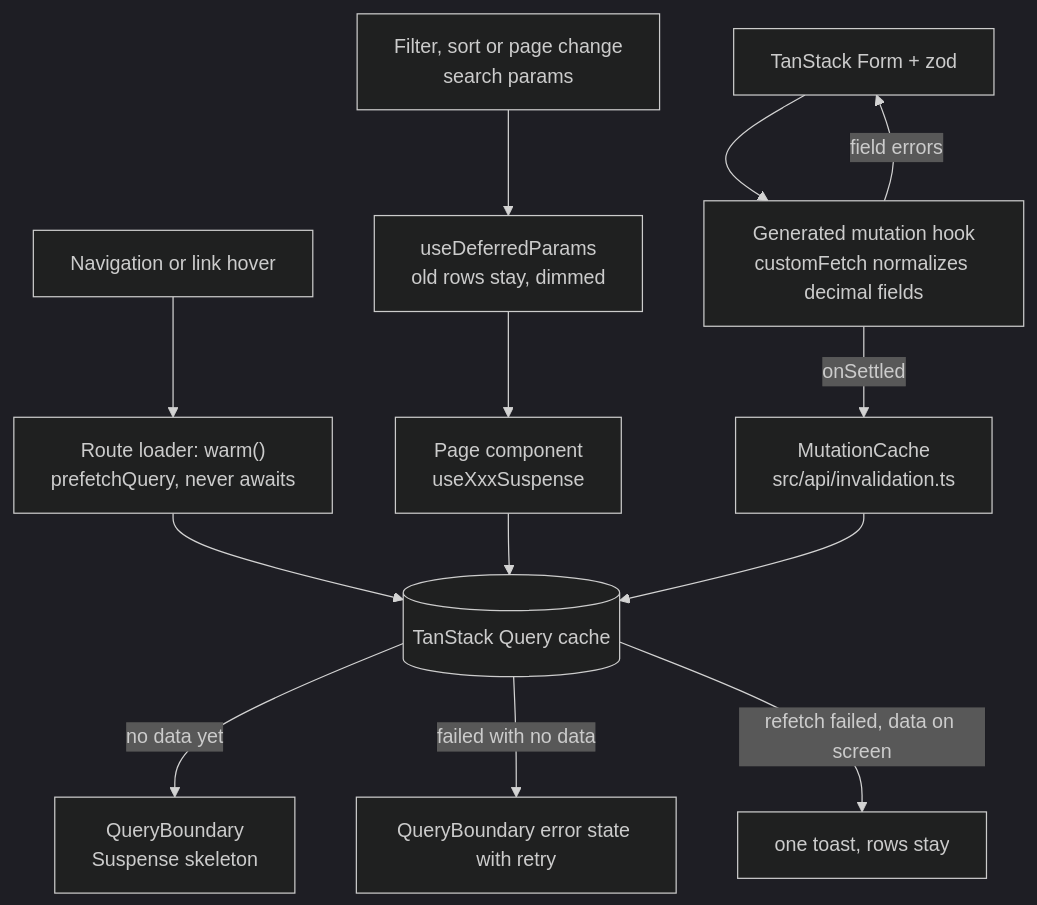
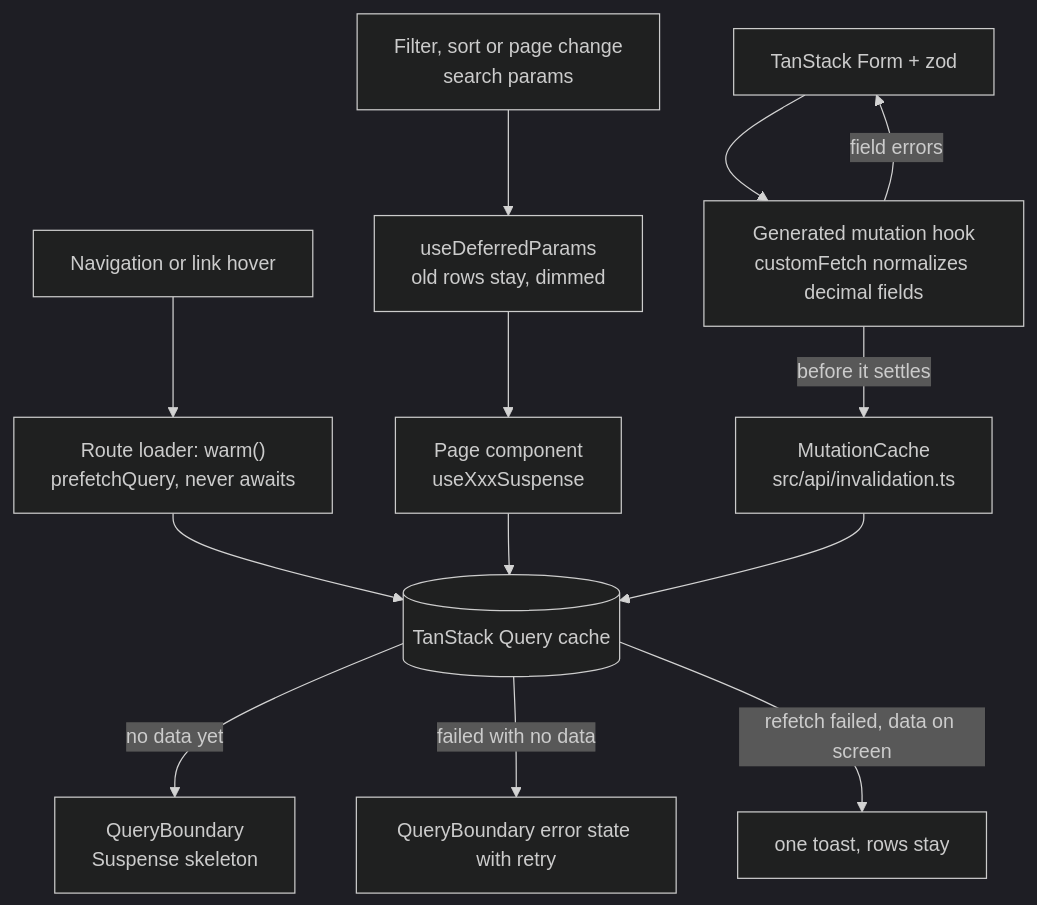
One commit to Justxs/Jx-Finance changed the third of 4 diagrams in docs/features/system-overview.md. Above: the diagram before and after it, drawn with Mermaid (dark theme). The commit also changed 51 other files, not shown here.

````diff
--- a/docs/features/system-overview.md
+++ b/docs/features/system-overview.md
@@ -49,15 +49,15 @@
 ```mermaid
 flowchart TD
     Nav["Navigation or link hover"] --> Loader["Route loader: warm()<br/>prefetchQuery, never awaits"]
     Loader --> Cache[("TanStack Query cache")]
     Page["Page component<br/>useXxxSuspense"] --> Cache
     Cache -->|"no data yet"| Boundary["QueryBoundary<br/>Suspense skeleton"]
     Cache -->|"failed with no data"| ErrState["QueryBoundary error state with retry"]
     Cache -->|"refetch failed, data on screen"| Toast["one toast, rows stay"]
     Filter["Filter, sort or page change<br/>search params"] --> Deferred["useDeferredParams<br/>old rows stay, dimmed"]
     Deferred --> Page
     Form["TanStack Form + zod"] --> Mutation["Generated mutation hook<br/>customFetch normalizes decimal fields"]
     Mutation -->|"field errors"| Form
-    Mutation -->|"onSettled"| Invalidation["MutationCache<br/>src/api/invalidation.ts"]
+    Mutation -->|"before it settles"| Invalidation["MutationCache<br/>src/api/invalidation.ts"]
     Invalidation --> Cache
 ```
````
